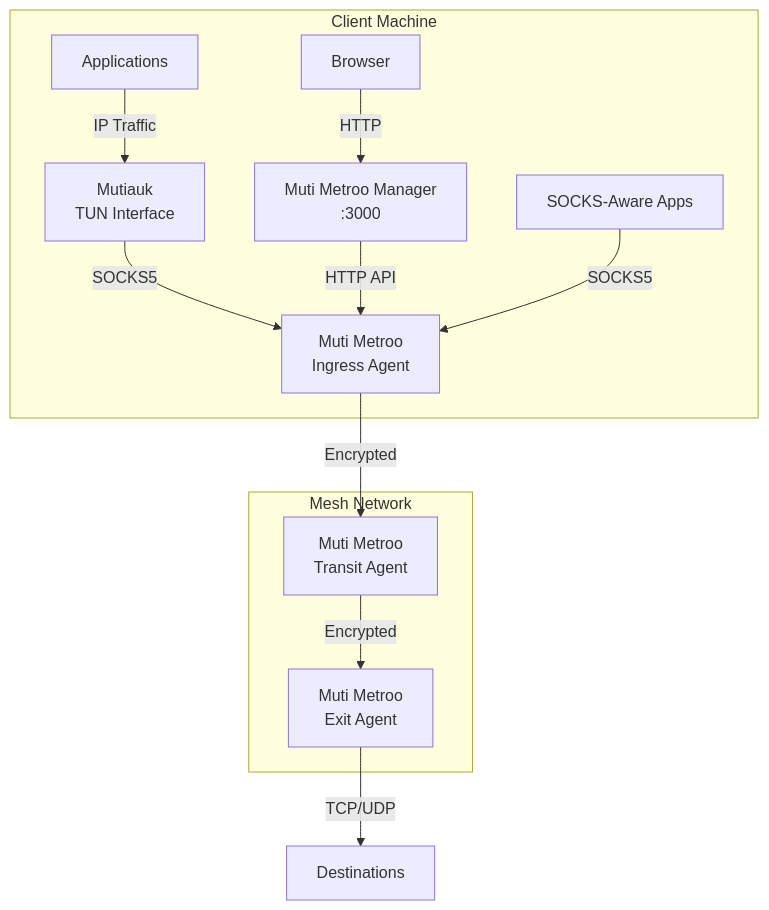
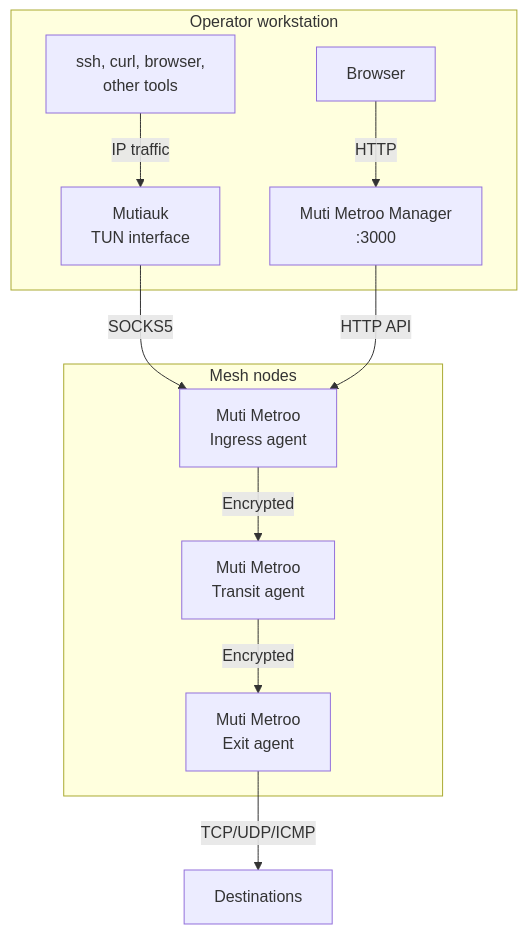
Before and after one commit to Muti-Metroo/Muti-Metroo: the diagram in docs/docs/suite-overview.md, drawn with Mermaid. The commit also changed other lines of this file and 36 other files, not shown here.

First line of the commit message:
docs: present Mutiauk as the operator entry point of the suite

````diff
--- a/docs/docs/suite-overview.md
+++ b/docs/docs/suite-overview.md
@@ -19,17 +19,16 @@
 ```mermaid
 flowchart TB
-    subgraph Client Machine
-        App[Applications] -->|IP Traffic| TUN[Mutiauk<br/>TUN Interface]
-        TUN -->|SOCKS5| Agent1[Muti Metroo<br/>Ingress Agent]
+    subgraph WS[Operator workstation]
+        App[ssh, curl, browser,<br/>other tools] -->|IP traffic| TUN[Mutiauk<br/>TUN interface]
         Browser[Browser] -->|HTTP| Manager[Muti Metroo Manager<br/>:3000]
-        Manager -->|HTTP API| Agent1
-        SocksApp[SOCKS-Aware Apps] -->|SOCKS5| Agent1
     end
 
-    subgraph Mesh Network
-        Agent1 -->|Encrypted| Agent2[Muti Metroo<br/>Transit Agent]
-        Agent2 -->|Encrypted| Agent3[Muti Metroo<br/>Exit Agent]
+    subgraph Mesh[Mesh nodes]
+        Agent1[Muti Metroo<br/>Ingress agent] -->|Encrypted| Agent2[Muti Metroo<br/>Transit agent]
+        Agent2 -->|Encrypted| Agent3[Muti Metroo<br/>Exit agent]
     end
 
-    Agent3 -->|TCP/UDP| Dest[Destinations]
+    TUN -->|SOCKS5| Agent1
+    Manager -->|HTTP API| Agent1
+    Agent3 -->|TCP/UDP/ICMP| Dest[Destinations]
 ```
````
